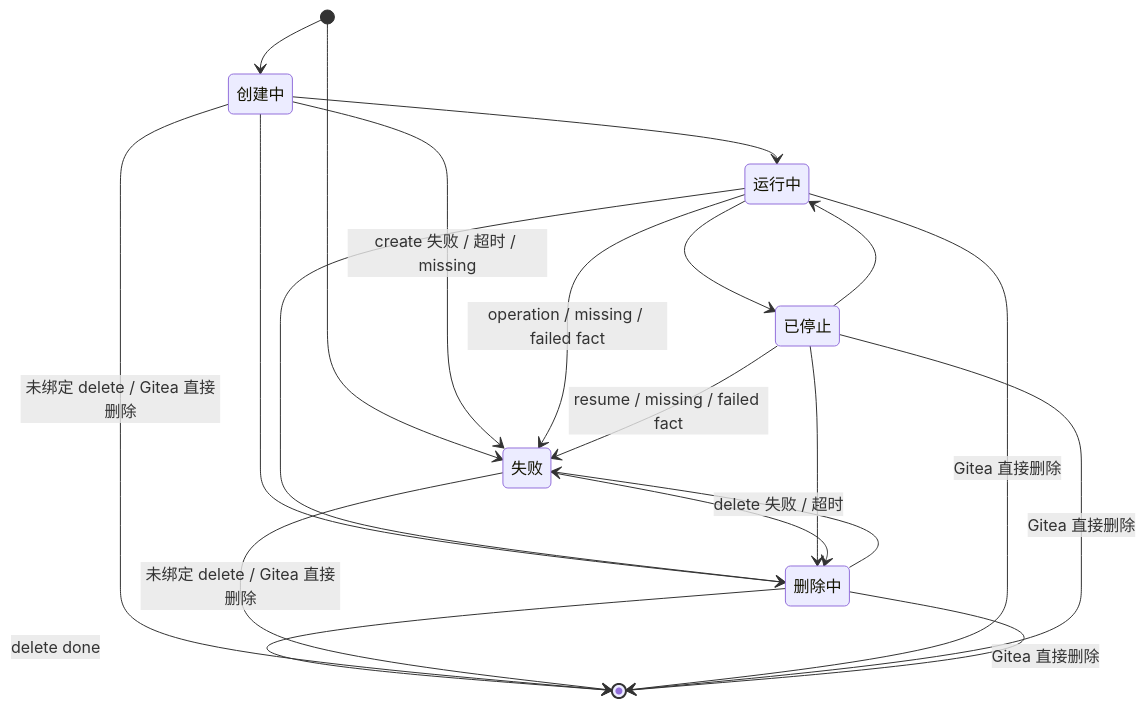
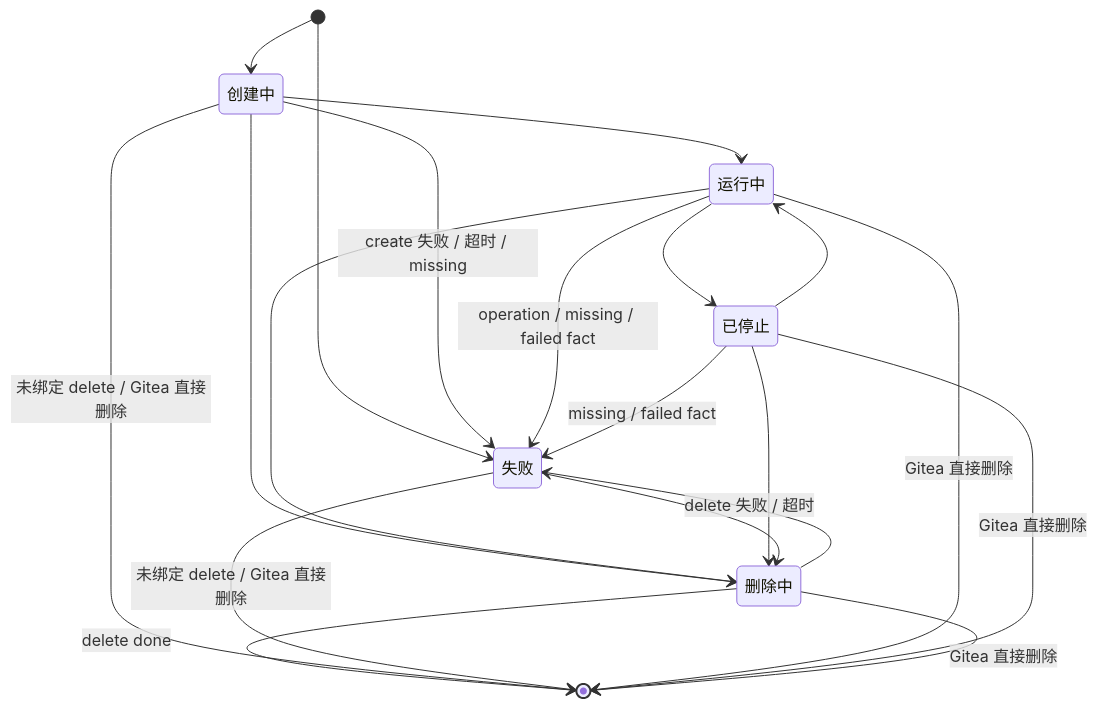
One commit to ExplodingDragon/gitea-dev changed the first of 4 diagrams in src/state-machine.md. Above: the diagram before and after it, drawn with Mermaid. The commit also changed other lines of this file and 9 other files, not shown here.

````diff
--- a/src/state-machine.md
+++ b/src/state-machine.md
@@ -42,30 +42,30 @@
 ```mermaid
 stateDiagram-v2
     direction TB
 
     creating: 创建中
     running: 运行中
     stopped: 已停止
     deleting: 删除中
     failed: 失败
 
     [*] --> creating
     [*] --> failed
     creating --> running
     creating --> failed: create 失败 / 超时 / missing
     running --> stopped
     running --> failed: operation / missing / failed fact
     stopped --> running
-    stopped --> failed: resume / missing / failed fact
+    stopped --> failed: missing / failed fact
     creating --> deleting
     running --> deleting
     stopped --> deleting
     failed --> deleting
     deleting --> [*]: delete done
     deleting --> failed: delete 失败 / 超时
     creating --> [*]: 未绑定 delete / Gitea 直接删除
     failed --> [*]: 未绑定 delete / Gitea 直接删除
     running --> [*]: Gitea 直接删除
     stopped --> [*]: Gitea 直接删除
     deleting --> [*]: Gitea 直接删除
 ```
````
